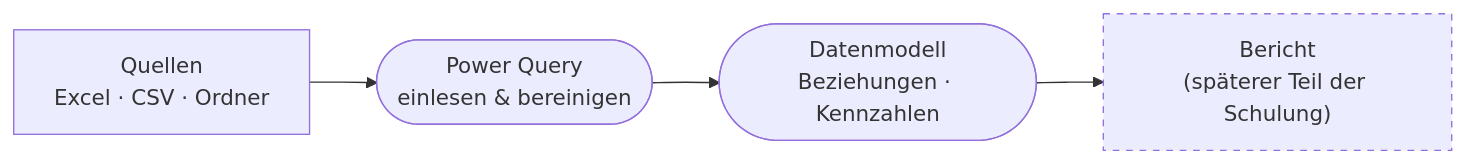
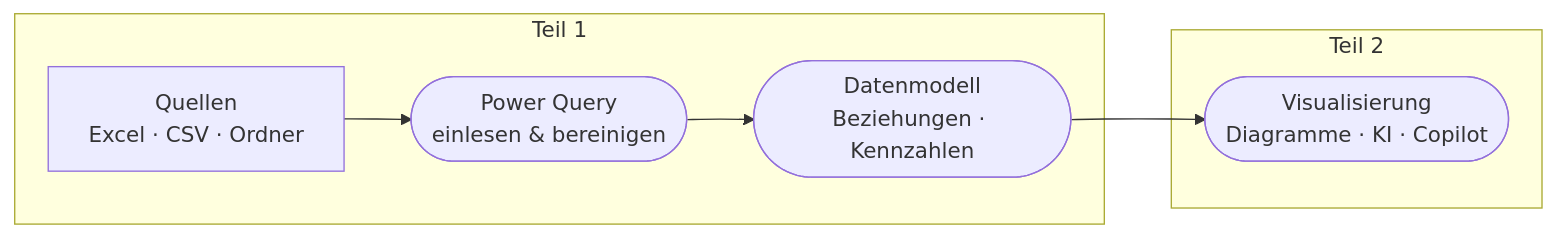
One commit to Qualidy/Prompt-Engineering-KI-gest-tzte-Analyse-Visualisierung-inkl.-Daten-Mapping-Reporting changed the diagram in docs/index.md. Above: the diagram before and after it, drawn with Mermaid. The commit also changed other lines of this file and 8 other files, not shown here.

````diff
--- a/docs/index.md
+++ b/docs/index.md
@@ -42,7 +54,14 @@
 ```mermaid
 flowchart LR
     Q["Quellen<br/>Excel · CSV · Ordner"] --> P(["Power Query<br/>einlesen & bereinigen"])
     P --> M(["Datenmodell<br/>Beziehungen · Kennzahlen"])
-    M --> B["Bericht<br/>(späterer Teil der Schulung)"]
-    style B stroke-dasharray: 5 5
+    M --> B(["Visualisierung<br/>Diagramme · KI · Copilot"])
+    subgraph T1["Teil 1"]
+        Q
+        P
+        M
+    end
+    subgraph T2["Teil 2"]
+        B
+    end
 ```
````
